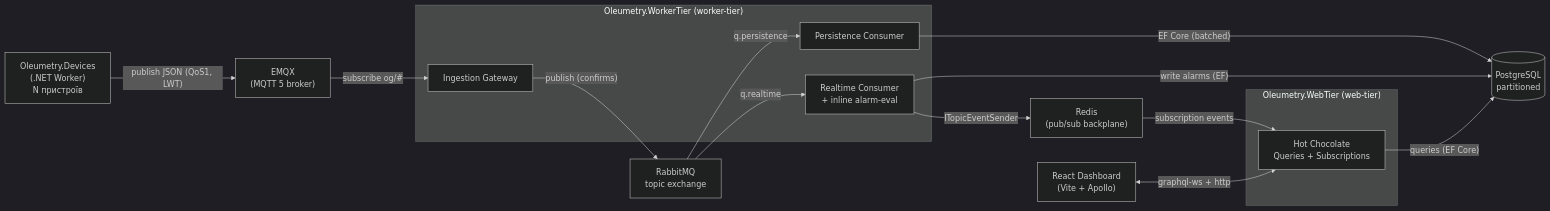
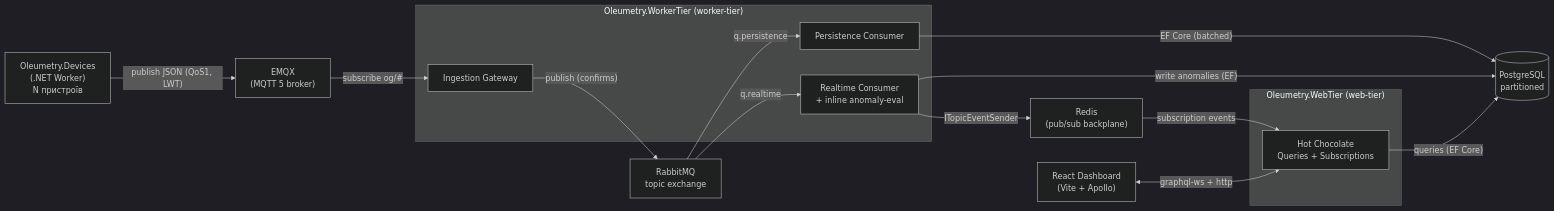
Before and after one commit to nasytnyk/oilgas: the diagram in BRIEF.md, drawn with Mermaid (dark theme). The commit also changed other lines of this file and 5 other files, not shown here.

Commit message:
refactor: rename model entities (Asset->Mine, Reading->Tick, Alarm->Anomaly, MetricThreshold->Boundary)

````diff
--- a/BRIEF.md
+++ b/BRIEF.md
@@ -61,29 +61,29 @@
 ```mermaid
 flowchart LR
     SIM["Oleumetry.Devices<br/>(.NET Worker)<br/>N пристроїв"]
     BR["EMQX<br/>(MQTT 5 broker)"]
     subgraph WORKER["Oleumetry.WorkerTier (worker-tier)"]
         ING["Ingestion Gateway"]
         PC["Persistence Consumer"]
-        RC["Realtime Consumer<br/>+ inline alarm-eval"]
+        RC["Realtime Consumer<br/>+ inline anomaly-eval"]
     end
     RMQ["RabbitMQ<br/>topic exchange"]
     REDIS["Redis<br/>(pub/sub backplane)"]
     subgraph WEBTIER["Oleumetry.WebTier (web-tier)"]
         GQL["Hot Chocolate<br/>Queries + Subscriptions"]
     end
     PG[("PostgreSQL<br/>partitioned")]
     WEB["React Dashboard<br/>(Vite + Apollo)"]
 
     SIM -- "publish JSON (QoS1, LWT)" --> BR
     BR -- "subscribe og/#" --> ING
     ING -- "publish (confirms)" --> RMQ
     RMQ -- "q.persistence" --> PC
     RMQ -- "q.realtime" --> RC
     PC -- "EF Core (batched)" --> PG
-    RC -- "write alarms (EF)" --> PG
+    RC -- "write anomalies (EF)" --> PG
     RC -- "ITopicEventSender" --> REDIS
     REDIS -- "subscription events" --> GQL
     GQL -- "queries (EF Core)" --> PG
     WEB <-- "graphql-ws + http" --> GQL
 ```
````
